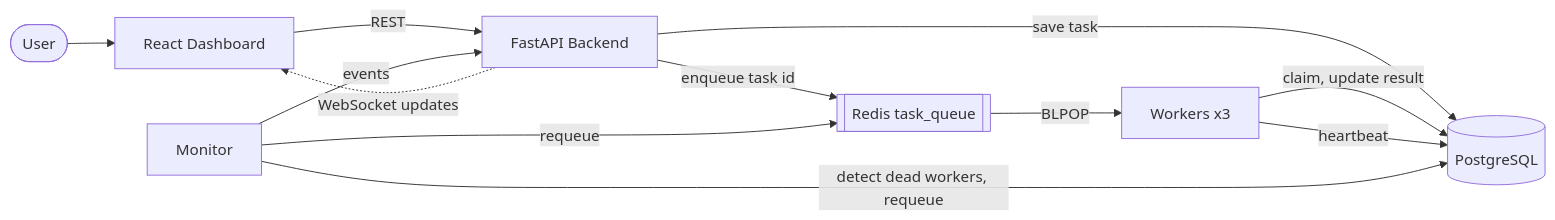
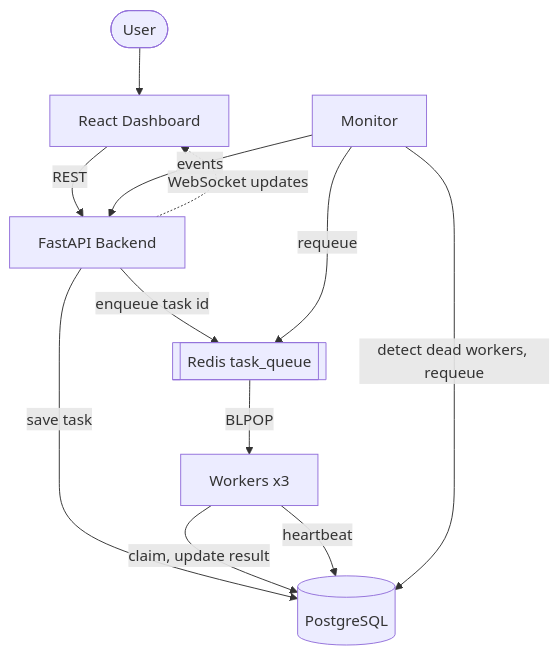
The first of 2 diagrams in README.md (Aavi-7582/TaskFlow), drawn with Mermaid before and after one commit.

Commit message:
Change flow direction in system architecture diagram
Updated system architecture diagram to use TB flow direction.

````diff
--- a/README.md
+++ b/README.md
@@ -31,14 +31,14 @@
 ```mermaid
-flowchart LR
+flowchart TB
     User([User]) --> UI[React Dashboard]
     UI -->|REST| API[FastAPI Backend]
     API -->|save task| PG[(PostgreSQL)]
     API -->|enqueue task id| RQ[[Redis task_queue]]
     RQ -->|BLPOP| W[Workers x3]
     W -->|claim, update result| PG
     W -->|heartbeat| PG
     MON[Monitor] -->|detect dead workers, requeue| PG
     MON -->|requeue| RQ
     MON -->|events| API
     API -.->|WebSocket updates| UI
 ```
````
